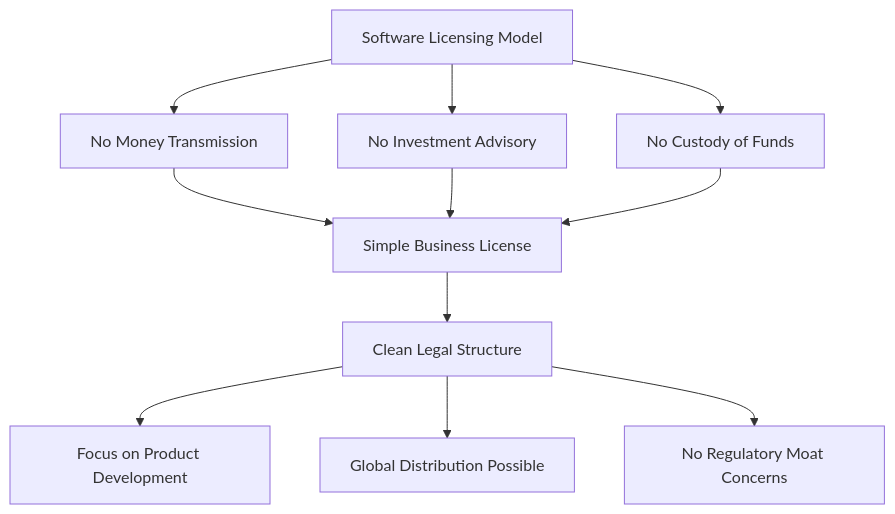
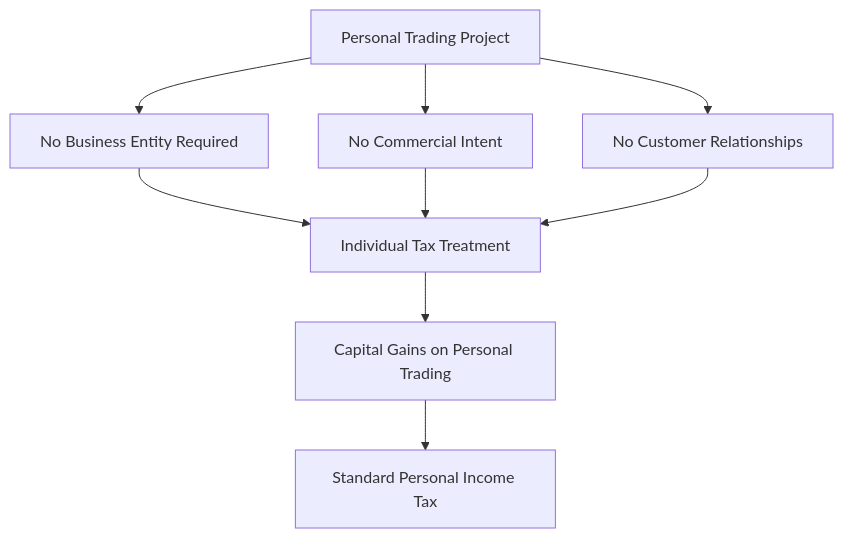
The seventh of 22 diagrams in ideas/polkadot-arbitrage-system.md (michaeloboyle/brainstorm-collaboration), drawn with Mermaid before and after one commit. The commit also changed other lines of this file, not shown here.

````diff
--- a/ideas/polkadot-arbitrage-system.md
+++ b/ideas/polkadot-arbitrage-system.md
@@ -289,15 +263,13 @@
 ```mermaid
 flowchart TD
-    A[Software Licensing Model] --> B[No Money Transmission]
-    A --> C[No Investment Advisory]
-    A --> D[No Custody of Funds]
+    A[Personal Trading Project] --> B[No Business Entity Required]
+    A --> C[No Commercial Intent]
+    A --> D[No Customer Relationships]
 
-    B --> E[Simple Business License]
+    B --> E[Individual Tax Treatment]
     C --> E
     D --> E
 
-    E --> F[Clean Legal Structure]
-    F --> G[Focus on Product Development]
-    F --> H[Global Distribution Possible]
-    F --> I[No Regulatory Moat Concerns]
+    E --> F[Capital Gains on Personal Trading]
+    F --> G[Standard Personal Income Tax]
 ```
````
